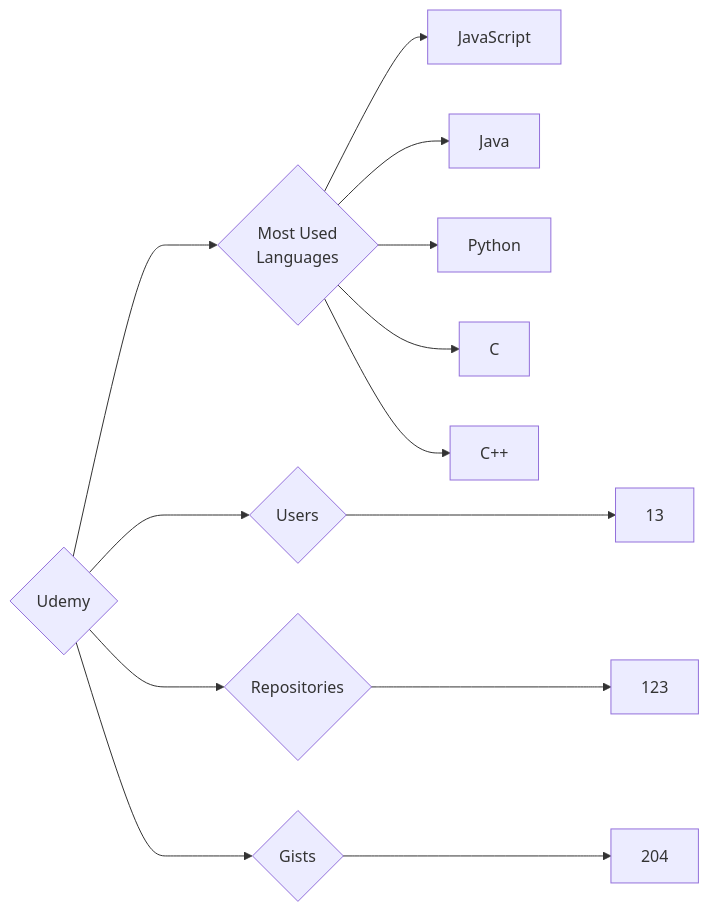
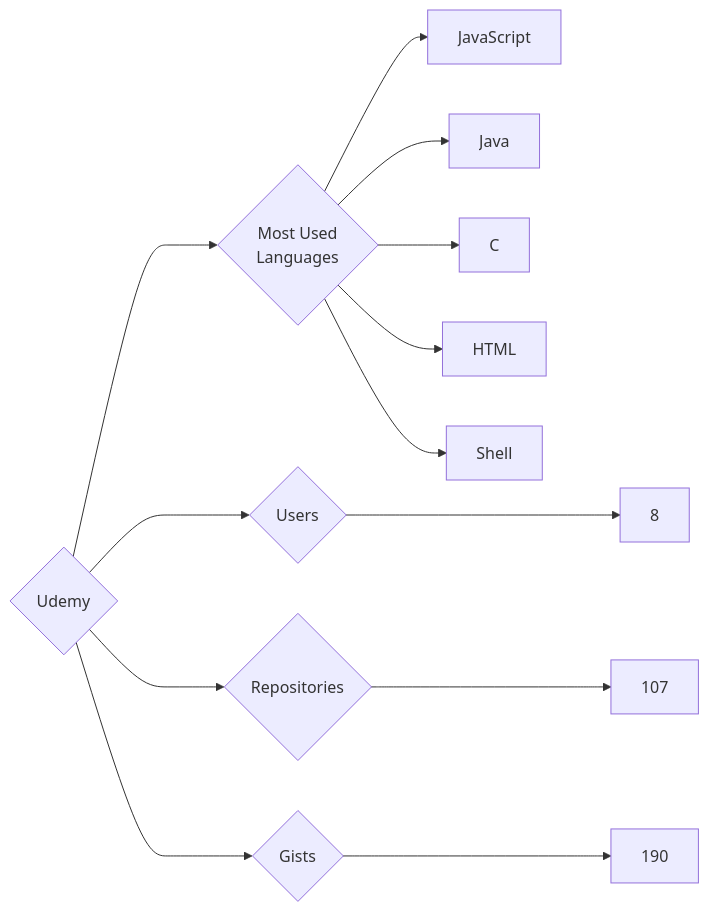
One commit to trickest/insiders changed the diagram in targets/Udemy/README.md. Above: the diagram before and after it, drawn with Mermaid. The commit also changed 794 other files, not shown here.

````diff
--- a/targets/Udemy/README.md
+++ b/targets/Udemy/README.md
@@ -3,13 +3,13 @@
 ```mermaid
 graph LR
 COMPANY_NAME{Udemy}
-COMPANY_NAME ---> U{Users} ---> UN[13]
-COMPANY_NAME ---> R{Repositories} ---> RN[123]
-COMPANY_NAME ---> G{Gists} ---> GN[204]
+COMPANY_NAME ---> U{Users} ---> UN[8]
+COMPANY_NAME ---> R{Repositories} ---> RN[107]
+COMPANY_NAME ---> G{Gists} ---> GN[190]
 COMPANY_NAME ---> ML{Most Used<br>Languages}
 ML --> JavaScript[JavaScript]
 ML --> Java[Java]
-ML --> Python[Python]
 ML --> C[C]
-ML --> C++[C++]
+ML --> HTML[HTML]
+ML --> Shell[Shell]
 ```
````
